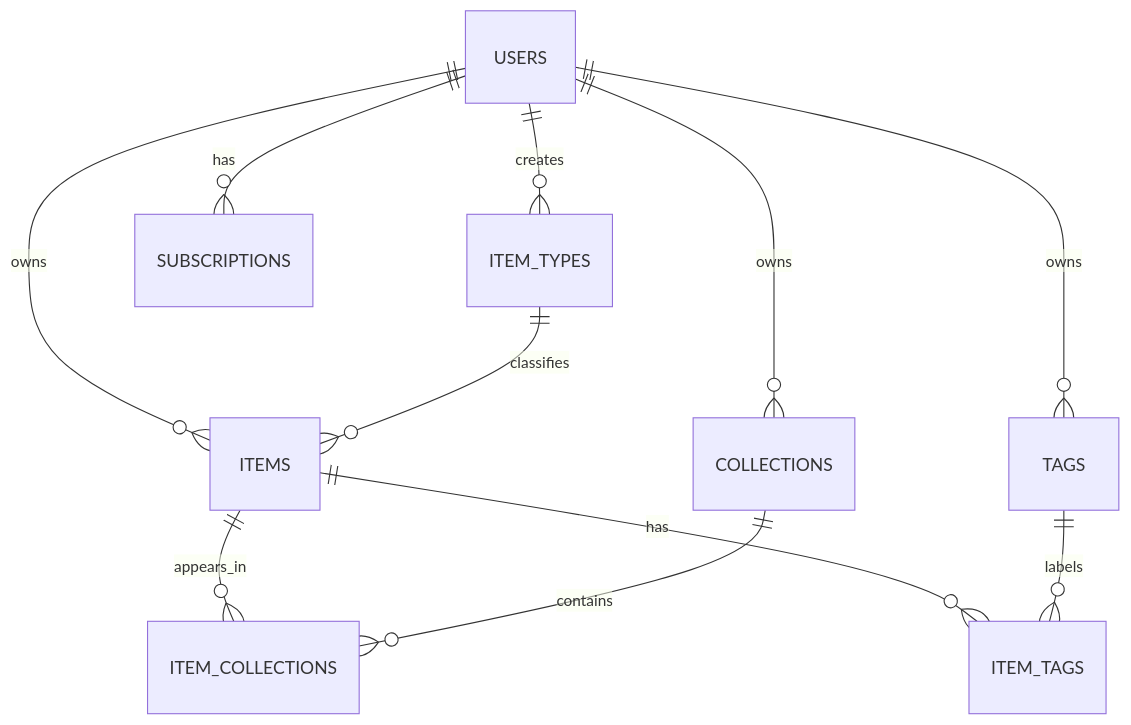
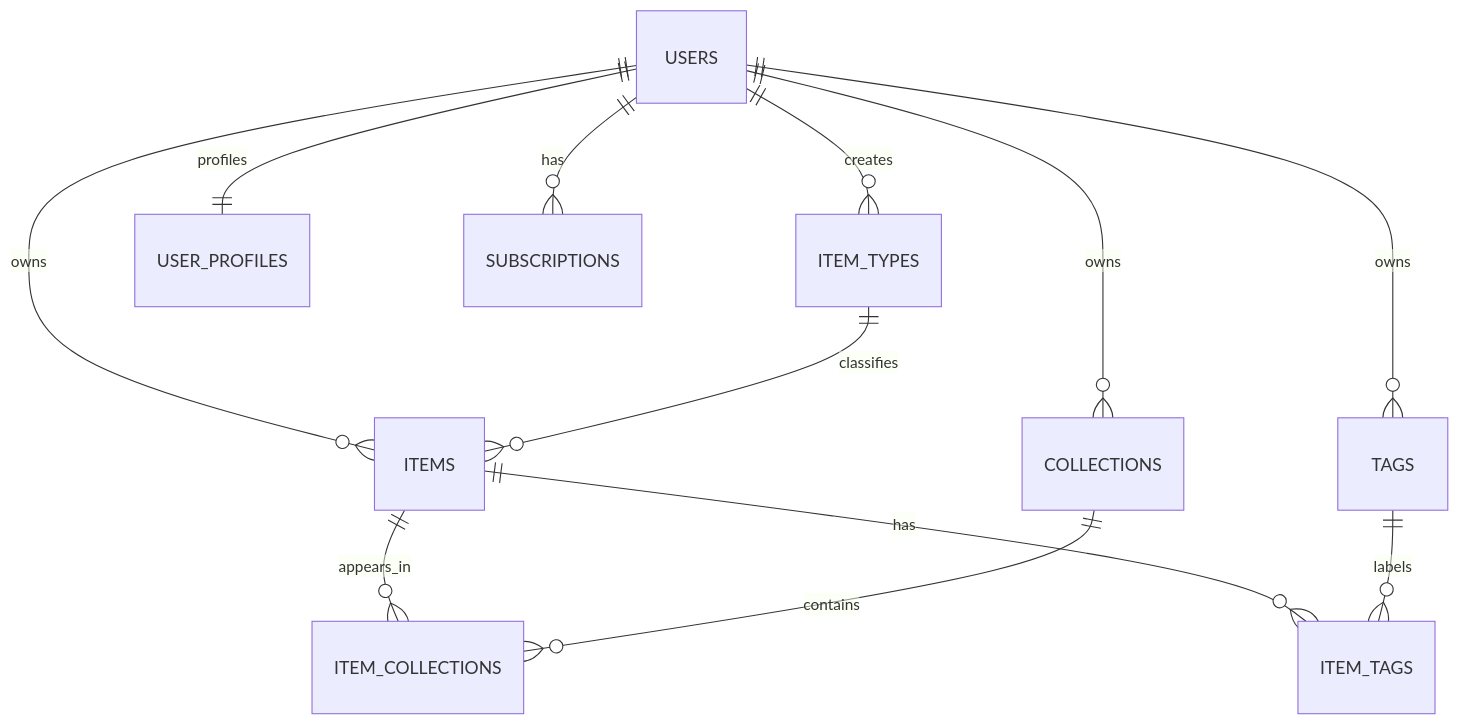
One commit to Dadir-Dev/devgnosis changed the third of 4 diagrams in context/project-overview.md. Above: the diagram before and after it, drawn with Mermaid. The commit also changed other lines of this file and 2 other files, not shown here.

````diff
--- a/context/project-overview.md
+++ b/context/project-overview.md
@@ -201,13 +201,14 @@
 ```mermaid
 erDiagram
   USERS ||--o{ ITEMS : owns
   USERS ||--o{ COLLECTIONS : owns
   USERS ||--o{ ITEM_TYPES : creates
+  USERS ||--|| USER_PROFILES : profiles
   USERS ||--o{ SUBSCRIPTIONS : has
   ITEM_TYPES ||--o{ ITEMS : classifies
   ITEMS ||--o{ ITEM_COLLECTIONS : appears_in
   COLLECTIONS ||--o{ ITEM_COLLECTIONS : contains
   ITEMS ||--o{ ITEM_TAGS : has
   TAGS ||--o{ ITEM_TAGS : labels
   USERS ||--o{ TAGS : owns
 ```
````
